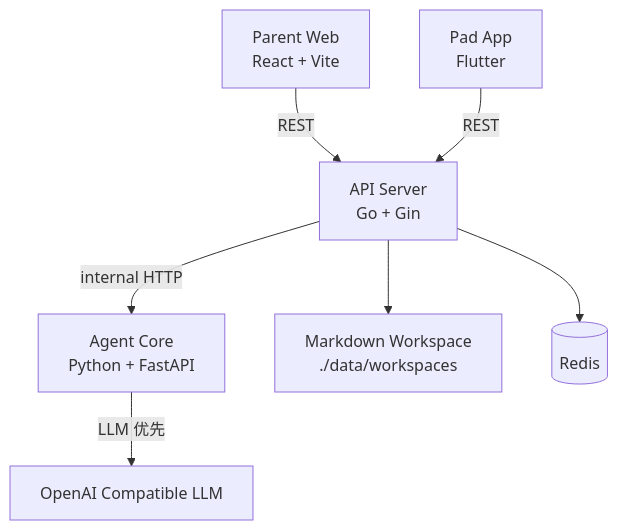
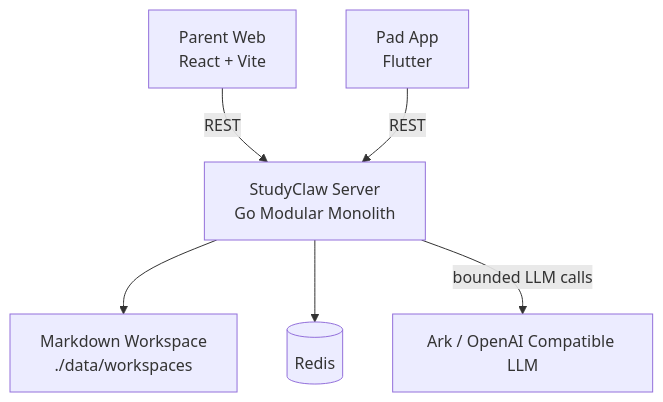
One commit to nikkofu/studyclaw changed the diagram in docs/02_ARCHITECTURE.md. Above: the diagram before and after it, drawn with Mermaid. The commit also changed other lines of this file and 60 other files, not shown here.

````diff
--- a/docs/02_ARCHITECTURE.md
+++ b/docs/02_ARCHITECTURE.md
@@ -9,17 +7,15 @@
 ```mermaid
 graph TD
     ParentWeb[Parent Web\nReact + Vite]
     PadApp[Pad App\nFlutter]
-    APIServer[API Server\nGo + Gin]
-    AgentCore[Agent Core\nPython + FastAPI]
+    APIServer[StudyClaw Server\nGo Modular Monolith]
     Workspace[Markdown Workspace\n./data/workspaces]
     Redis[(Redis)]
-    LLM[OpenAI Compatible LLM]
+    LLM[Ark / OpenAI Compatible LLM]
 
     ParentWeb -->|REST| APIServer
     PadApp -->|REST| APIServer
-    APIServer -->|internal HTTP| AgentCore
     APIServer --> Workspace
     APIServer --> Redis
-    AgentCore -->|LLM 优先| LLM
+    APIServer -->|bounded LLM calls| LLM
 ```
````
